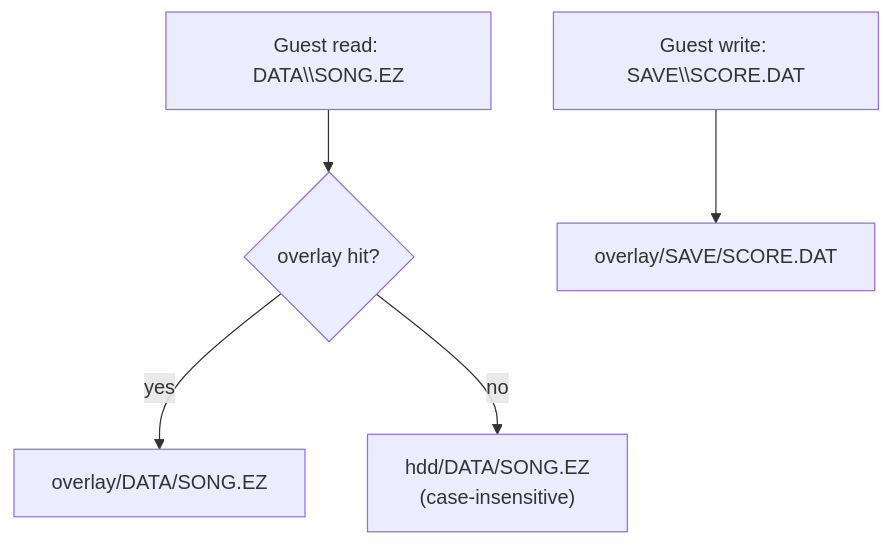
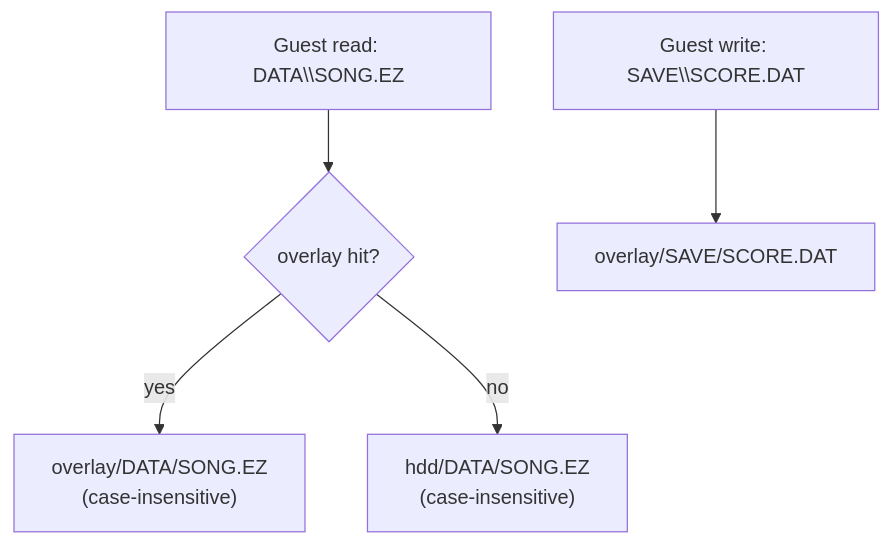
One commit to nworkers/re2DJ changed the second of 3 diagrams in ARCHITECTURE.md. Above: the diagram before and after it, drawn with Mermaid. The commit also changed other lines of this file and 60 other files, not shown here.

````diff
--- a/ARCHITECTURE.md
+++ b/ARCHITECTURE.md
@@ -98,7 +98,7 @@
 ```mermaid
 flowchart TD
     R["Guest read: DATA\\SONG.EZ"] --> O{"overlay hit?"}
-    O -->|yes| OV["overlay/DATA/SONG.EZ"]
+    O -->|yes| OV["overlay/DATA/SONG.EZ<br/>(case-insensitive)"]
     O -->|no| HD["hdd/DATA/SONG.EZ<br/>(case-insensitive)"]
     W["Guest write: SAVE\\SCORE.DAT"] --> OW["overlay/SAVE/SCORE.DAT"]
 ```
````
